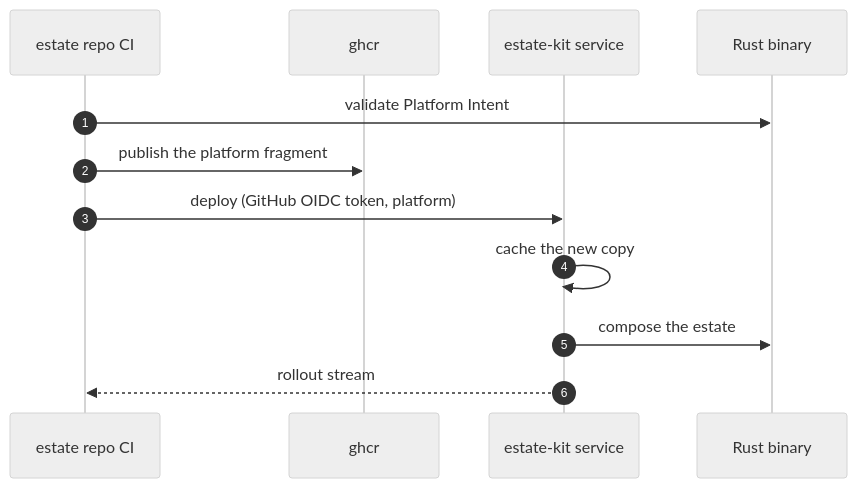
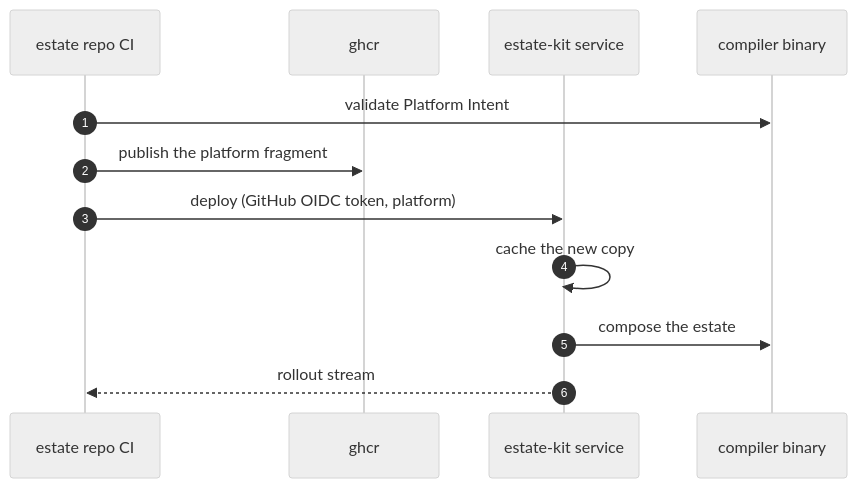
The diagram in docs/diagrams/raw/seq-platform-push.mmd (JorisJonkers-dev/estate-kit), drawn with Mermaid (neutral theme) before and after one commit. The commit also changed 76 other files, not shown here.

```diff
--- a/docs/diagrams/raw/seq-platform-push.mmd
+++ b/docs/diagrams/raw/seq-platform-push.mmd
@@ -1,13 +1,13 @@
 %% title: Push Platform Intent like any Project
 sequenceDiagram
     autonumber
     participant CI as estate repo CI
     participant O as ghcr
     participant S as estate-kit service
-    participant R as Rust binary
+    participant R as compiler binary
     CI->>R: validate Platform Intent
     CI->>O: publish the platform fragment
     CI->>S: deploy (GitHub OIDC token, platform)
     S->>S: cache the new copy
     S->>R: compose the estate
     S-->>CI: rollout stream
```
